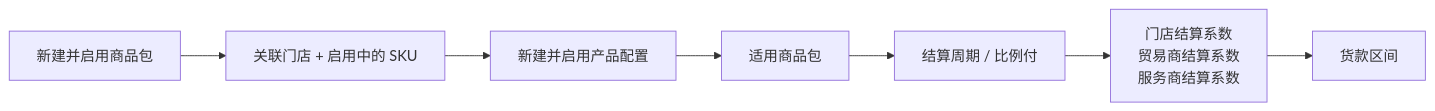
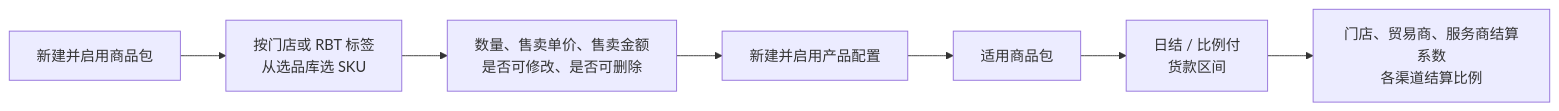
Before and after one commit to 342-droid/LFerp: the third of 8 diagrams in RBT/docs/1-整体业务流程图.md, drawn with Mermaid. The commit also changed other lines of this file and 42 other files, not shown here.

````diff
--- a/RBT/docs/1-整体业务流程图.md
+++ b/RBT/docs/1-整体业务流程图.md
@@ -92,9 +102,9 @@
 ```mermaid
 flowchart LR
-  P0[新建并启用商品包] --> P1[关联门店 + 启用中的 SKU]
-  P1 --> F0[新建并启用产品配置]
+  P0[新建并启用商品包] --> P1[按门店或 RBT 标签<br/>从选品库选 SKU]
+  P1 --> P2[数量、售卖单价、售卖金额<br/>是否可修改、是否可删除]
+  P2 --> F0[新建并启用产品配置]
   F0 --> F1[适用商品包]
-  F1 --> F2[结算周期 / 比例付]
-  F2 --> F3[门店结算系数<br/>贸易商结算系数<br/>服务商结算系数]
-  F3 --> F4[货款区间]
+  F1 --> F2[日结 / 比例付<br/>货款区间]
+  F2 --> F3[门店、贸易商、服务商结算系数<br/>各渠道结算比例]
 ```
````
